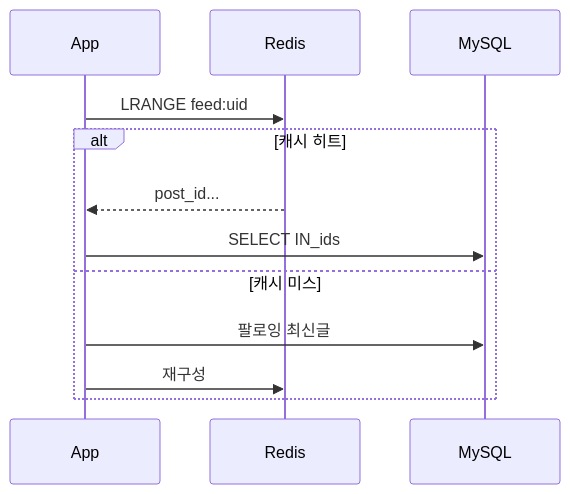
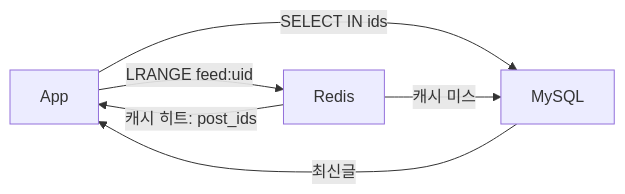
Before and after one commit to yjkim2015/yjkim2015.github.io: the sixth of 6 diagrams in _posts/systemdesign/2026-05-02-system-design-newsfeed.md, drawn with Mermaid. The commit also changed other lines of this file and 84 other files, not shown here.

First line of the commit message:
85개 포스트 Mermaid 다이어그램 규칙 일괄 수정

````diff
--- a/_posts/systemdesign/2026-05-02-system-design-newsfeed.md
+++ b/_posts/systemdesign/2026-05-02-system-design-newsfeed.md
@@ -193,14 +189,8 @@
 ```mermaid
-sequenceDiagram
-    participant App
-    participant C as Redis
-    participant DB as MySQL
-    App->>C: LRANGE feed:uid
-    alt 캐시 히트
-    C-->>App: post_id...
-    App->>DB: SELECT IN_ids
-    else 캐시 미스
-    App->>DB: 팔로잉 최신글
-    App->>C: 재구성
-    end
+graph LR
+    A[App] -->|LRANGE feed:uid| B[Redis]
+    B -->|캐시 히트: post_ids| A
+    A -->|SELECT IN ids| C[MySQL]
+    B -->|캐시 미스| C
+    C -->|최신글| A
 ```
````
